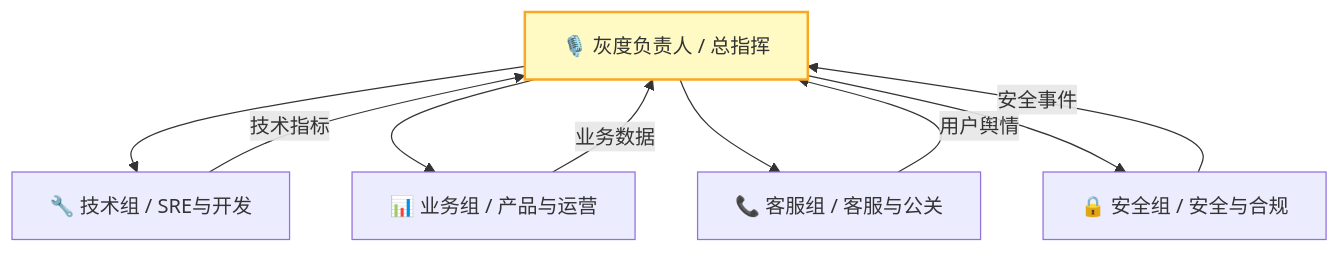
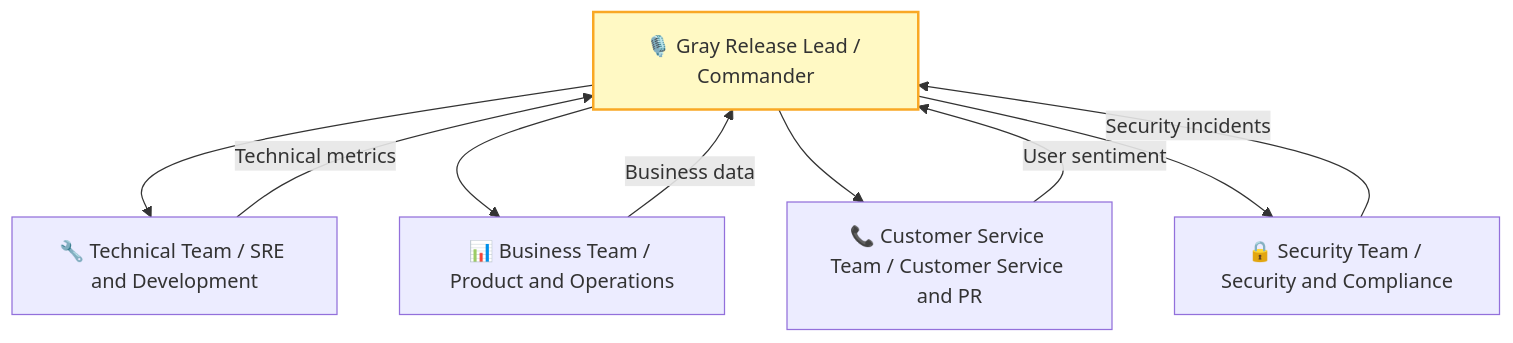
Before and after one commit to Kirky-X/cangjie: the ninth of 9 diagrams in templates/产品/交付层/【模板】灰度方案.md, drawn with Mermaid. The commit also changed other lines of this file and 60 other files, not shown here.

````diff
--- a/templates/产品/交付层/【模板】灰度方案.md
+++ b/templates/产品/交付层/【模板】灰度方案.md
@@ -474,14 +474,14 @@
 ```mermaid
 graph TD
-    RC[🎙️ 灰度负责人 / 总指挥] --> T1[🔧 技术组 / SRE与开发]
-    RC --> T2[📊 业务组 / 产品与运营]
-    RC --> T3[📞 客服组 / 客服与公关]
-    RC --> T4[🔒 安全组 / 安全与合规]
+    RC[🎙️ Gray Release Lead / Commander] --> T1[🔧 Technical Team / SRE and Development]
+    RC --> T2[📊 Business Team / Product and Operations]
+    RC --> T3[📞 Customer Service Team / Customer Service and PR]
+    RC --> T4[🔒 Security Team / Security and Compliance]
 
-    T1 -->|技术指标| RC
-    T2 -->|业务数据| RC
-    T3 -->|用户舆情| RC
-    T4 -->|安全事件| RC
+    T1 -->|Technical metrics| RC
+    T2 -->|Business data| RC
+    T3 -->|User sentiment| RC
+    T4 -->|Security incidents| RC
 
     style RC fill:#fff9c4,stroke:#f9a825,stroke-width:2px
 ```
````
